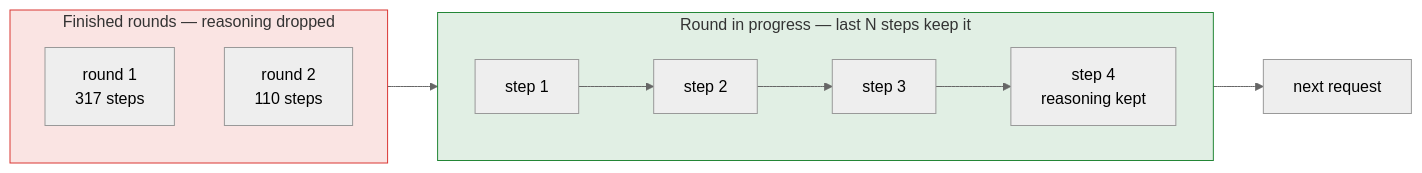
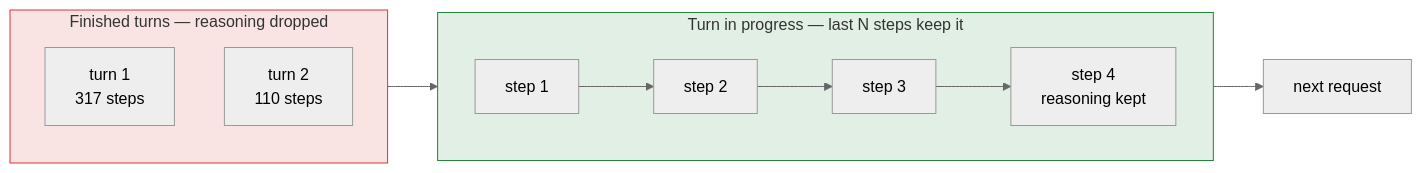
The eighth of 16 diagrams in docs/context.md (GabrielMartinMoran/sigil), drawn with Mermaid (neutral theme) before and after one commit. The commit also changed other lines of this file and 59 other files, not shown here.

````diff
--- a/docs/context.md
+++ b/docs/context.md
@@ -322,18 +328,18 @@
 ```mermaid
 flowchart LR
-    subgraph done["Finished rounds — reasoning dropped"]
-        R1["round 1<br/>317 steps"]
-        R2["round 2<br/>110 steps"]
+    subgraph done["Finished turns — reasoning dropped"]
+        R1["turn 1<br/>317 steps"]
+        R2["turn 2<br/>110 steps"]
     end
 
-    subgraph current["Round in progress — last N steps keep it"]
+    subgraph current["Turn in progress — last N steps keep it"]
         direction LR
         S1["step 1"] --> S2["step 2"] --> S3["step 3"] --> S4["step 4<br/>reasoning kept"]
     end
 
     done --> current
     current --> NEXT["next request"]
 
     style done fill:#da363322,stroke:#da3633
     style current fill:#23863622,stroke:#238636
 ```
````
